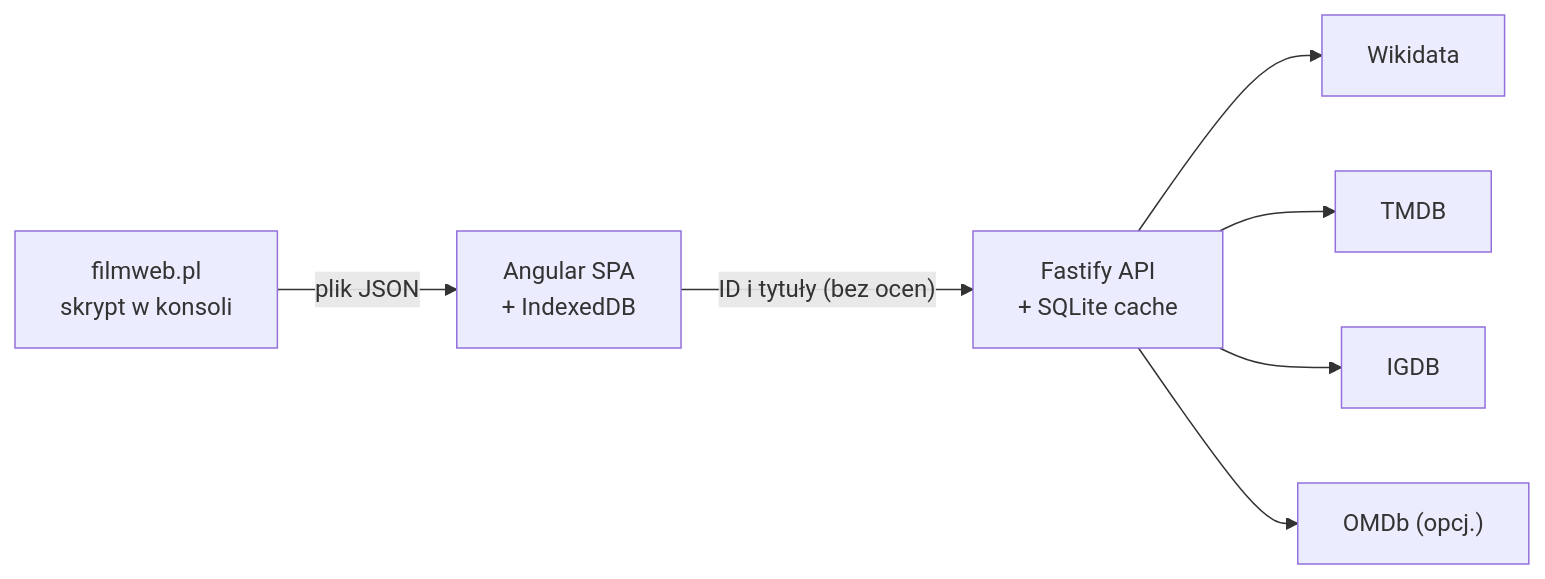
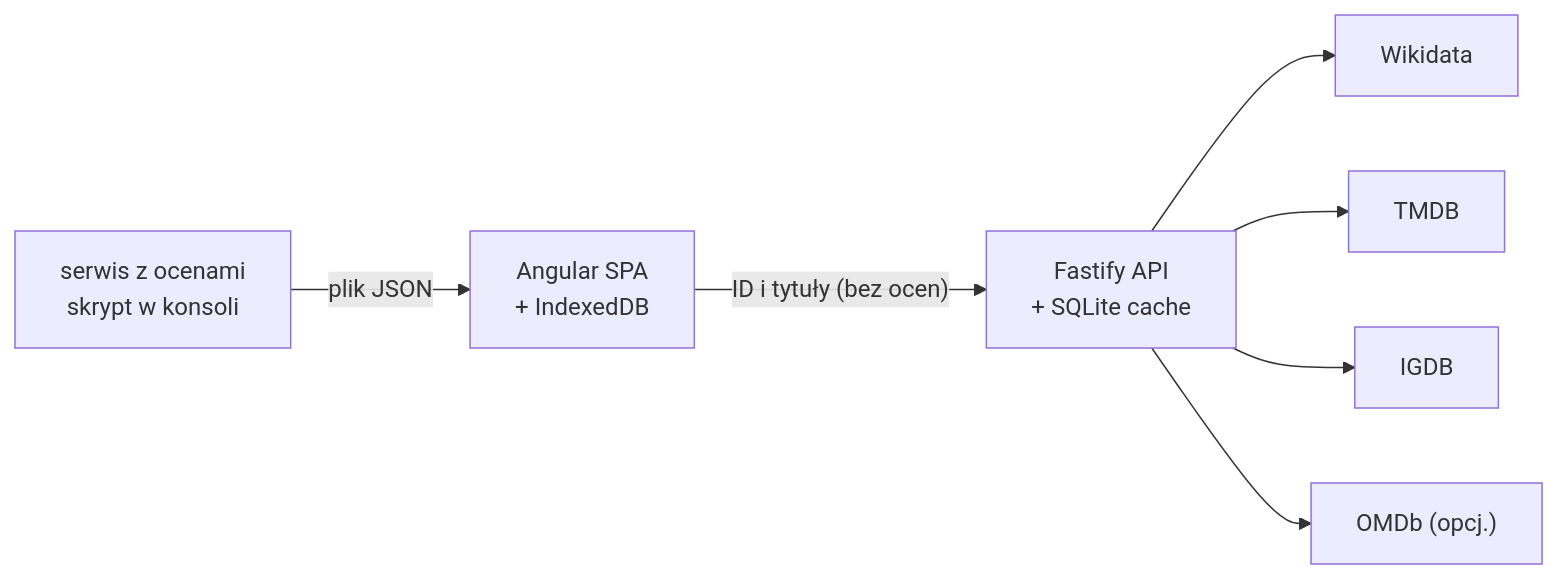
The diagram in README.md (hubertkubiak/kinoskop), drawn with Mermaid before and after one commit. The commit also changed other lines of this file and 11 other files, not shown here.

````diff
--- a/README.md
+++ b/README.md
@@ -130,9 +130,9 @@
 ```mermaid
 flowchart LR
-  FW["filmweb.pl<br/>skrypt w konsoli"] -- plik JSON --> WEB["Angular SPA<br/>+ IndexedDB"]
+  FW["serwis z ocenami<br/>skrypt w konsoli"] -- plik JSON --> WEB["Angular SPA<br/>+ IndexedDB"]
   WEB -- "ID i tytuły (bez ocen)" --> API["Fastify API<br/>+ SQLite cache"]
   API --> WD[Wikidata]
   API --> TMDB[TMDB]
   API --> IGDB[IGDB]
   API --> OMDB["OMDb (opcj.)"]
 ```
````
